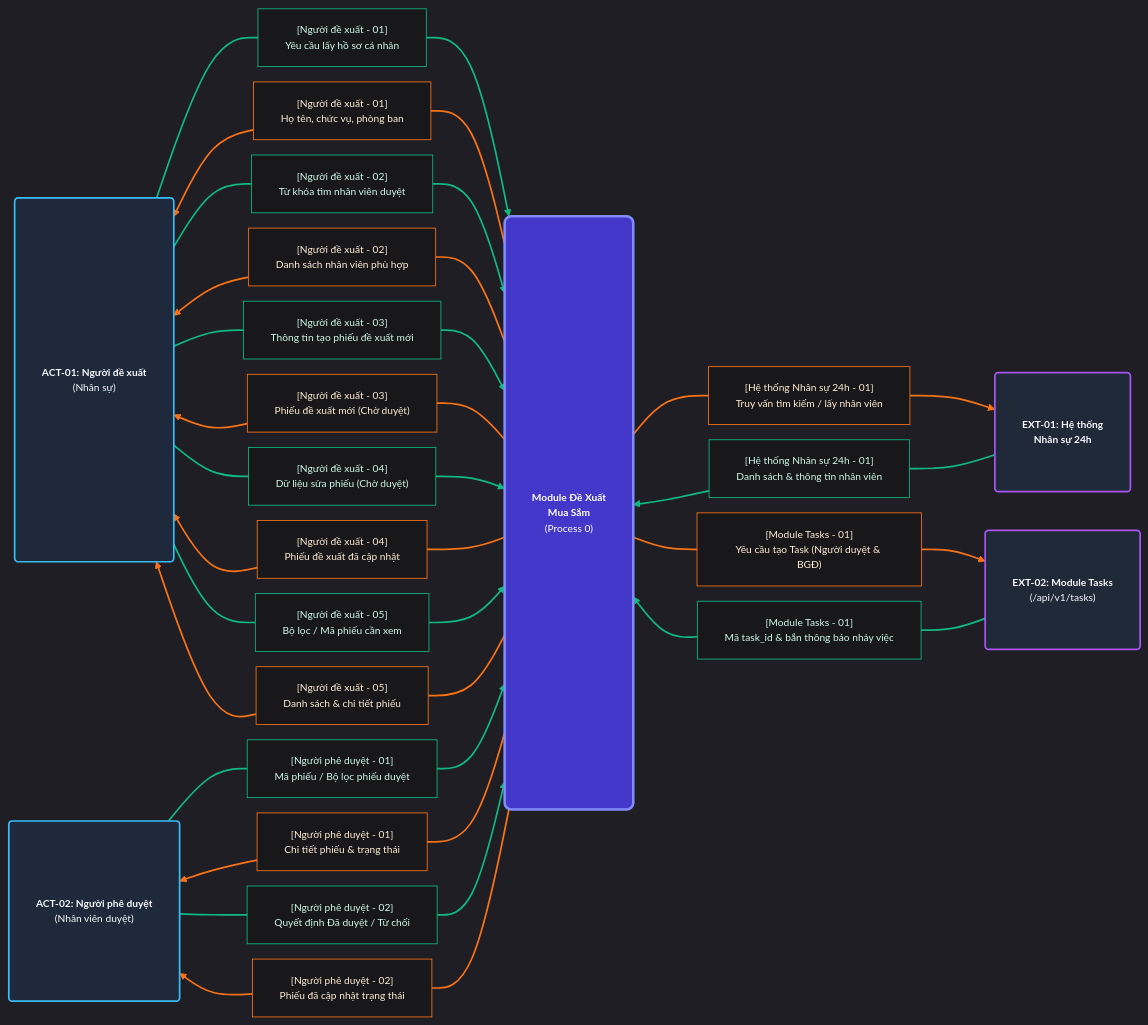
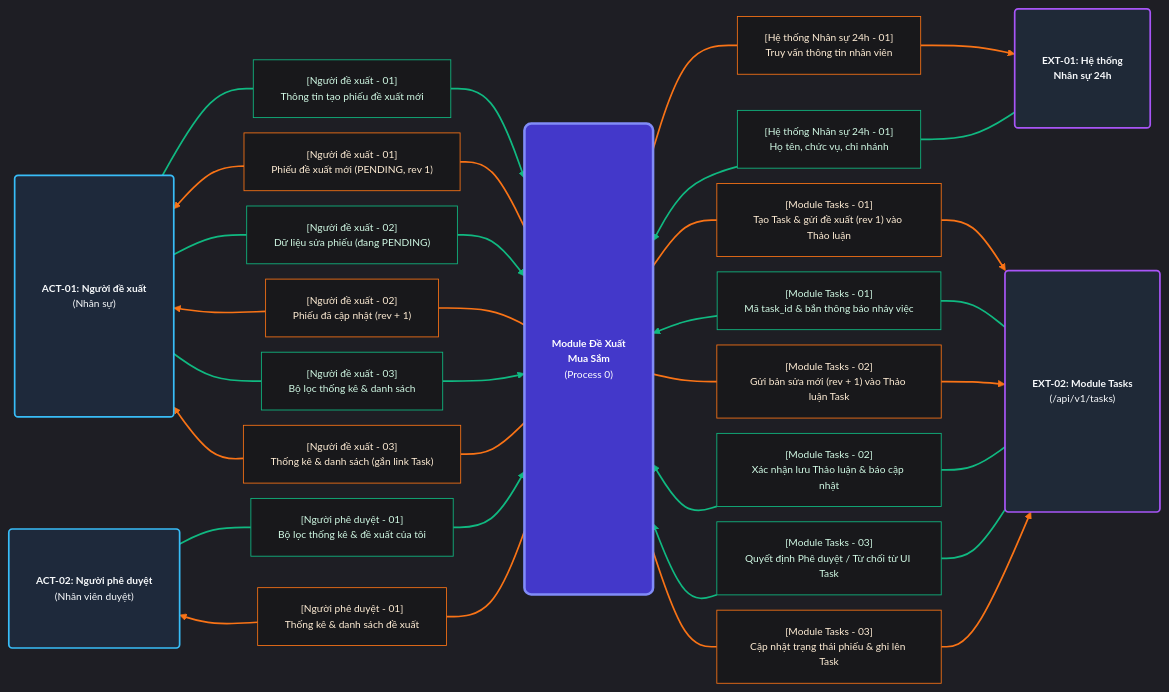
Before and after one commit to hungnm3112/project-purchase-requisition: the diagram in md/analysis/3-dfd-context-diagram.md, drawn with Mermaid. The commit also changed other lines of this file and 5 other files, not shown here.

````diff
--- a/md/analysis/3-dfd-context-diagram.md
+++ b/md/analysis/3-dfd-context-diagram.md
@@ -38,48 +42,45 @@
   }
 }}%%
 flowchart LR
-    %% Cột Trái: Các Actor Con người (Tăng chiều cao theo số lượng mũi tên)
-    ACT01["&nbsp;<br/><br/><br/><br/><br/><br/><br/><br/><br/><br/><b>ACT-01: Người đề xuất</b><br/>(Nhân sự)<br/><br/><br/><br/><br/><br/><br/><br/><br/><br/>&nbsp;"]:::humanActor
-    ACT02["&nbsp;<br/><br/><br/><br/><b>ACT-02: Người phê duyệt</b><br/>(Nhân viên duyệt)<br/><br/><br/><br/>&nbsp;"]:::humanActor
+    %% Cột Trái: Các Actor Con người (Chiều cao tương ứng số lượng mũi tên)
+    ACT01["&nbsp;<br/><br/><br/><br/><br/><br/><b>ACT-01: Người đề xuất</b><br/>(Nhân sự)<br/><br/><br/><br/><br/><br/>&nbsp;"]:::humanActor
+    ACT02["&nbsp;<br/><br/><b>ACT-02: Người phê duyệt</b><br/>(Nhân viên duyệt)<br/><br/>&nbsp;"]:::humanActor
 
-    %% Các cặp nhãn bên trái (Xếp thẳng cột từng cặp Input trên - Output dưới)
-    A1_IN["[Người đề xuất - 01]<br/>Yêu cầu lấy hồ sơ cá nhân"]:::inLabel
-    A1_OUT["[Người đề xuất - 01]<br/>Họ tên, chức vụ, phòng ban"]:::outLabel
+    %% Các cặp nhãn bên trái (4 cặp: Input trên - Output dưới)
+    A1_IN["[Người đề xuất - 01]<br/>Thông tin tạo phiếu đề xuất mới"]:::inLabel
+    A1_OUT["[Người đề xuất - 01]<br/>Phiếu đề xuất mới (PENDING, rev 1)"]:::outLabel
 
-    A2_IN["[Người đề xuất - 02]<br/>Từ khóa tìm nhân viên duyệt"]:::inLabel
-    A2_OUT["[Người đề xuất - 02]<br/>Danh sách nhân viên phù hợp"]:::outLabel
+    A2_IN["[Người đề xuất - 02]<br/>Dữ liệu sửa phiếu (đang PENDING)"]:::inLabel
+    A2_OUT["[Người đề xuất - 02]<br/>Phiếu đã cập nhật (rev + 1)"]:::outLabel
 
-    A3_IN["[Người đề xuất - 03]<br/>Thông tin tạo phiếu đề xuất mới"]:::inLabel
-    A3_OUT["[Người đề xuất - 03]<br/>Phiếu đề xuất mới (Chờ duyệt)"]:::outLabel
+    A3_IN["[Người đề xuất - 03]<br/>Bộ lọc thống kê & danh sách"]:::inLabel
+    A3_OUT["[Người đề xuất - 03]<br/>Thống kê & danh sách (gắn link Task)"]:::outLabel
 
-    A4_IN["[Người đề xuất - 04]<br/>Dữ liệu sửa phiếu (Chờ duyệt)"]:::inLabel
-    A4_OUT["[Người đề xuất - 04]<br/>Phiếu đề xuất đã cập nhật"]:::outLabel
+    B1_IN["[Người phê duyệt - 01]<br/>Bộ lọc thống kê & đề xuất của tôi"]:::inLabel
+    B1_OUT["[Người phê duyệt - 01]<br/>Thống kê & danh sách đề xuất"]:::outLabel
 
-    A5_IN["[Người đề xuất - 05]<br/>Bộ lọc / Mã phiếu cần xem"]:::inLabel
-    A5_OUT["[Người đề xuất - 05]<br/>Danh sách & chi tiết phiếu"]:::outLabel
+    %% Cột Giữa: Khối Hộp đen trung tâm (Hình chữ nhật đứng cân đối 4 cặp trái - 4 cặp phải)
+    SYS["&nbsp;<br/><br/><br/><br/><br/><br/><br/><br/><br/><br/><br/><br/><br/><b>Module Đề Xuất<br/>Mua Sắm</b><br/>(Process 0)<br/><br/><br/><br/><br/><br/><br/><br/><br/><br/><br/><br/><br/>&nbsp;"]:::processNode
 
-    B1_IN["[Người phê duyệt - 01]<br/>Mã phiếu / Bộ lọc phiếu duyệt"]:::inLabel
-    B1_OUT["[Người phê duyệt - 01]<br/>Chi tiết phiếu & trạng thái"]:::outLabel
+    %% Các cặp nhãn bên phải (4 cặp: 1 cặp EXT-01 + 3 cặp EXT-02)
+    E1_REQ["[Hệ thống Nhân sự 24h - 01]<br/>Truy vấn thông tin nhân viên"]:::outLabel
+    E1_RES["[Hệ thống Nhân sự 24h - 01]<br/>Họ tên, chức vụ, chi nhánh"]:::inLabel
 
-    B2_IN["[Người phê duyệt - 02]<br/>Quyết định Đã duyệt / Từ chối"]:::inLabel
-    B2_OUT["[Người phê duyệt - 02]<br/>Phiếu đã cập nhật trạng thái"]:::outLabel
+    T1_REQ["[Module Tasks - 01]<br/>Tạo Task & gửi đề xuất (rev 1) vào Thảo luận"]:::outLabel
+    T1_RES["[Module Tasks - 01]<br/>Mã task_id & bắn thông báo nhảy việc"]:::inLabel
 
-    %% Cột Giữa: Khối Hộp đen trung tâm đổi thành Hình chữ nhật đứng cao
-    SYS["&nbsp;<br/><br/><br/><br/><br/><br/><br/><br/><br/><br/><br/><br/><br/><br/><br/><br/><br/><b>Module Đề Xuất<br/>Mua Sắm</b><br/>(Process 0)<br/><br/><br/><br/><br/><br/><br/><br/><br/><br/><br/><br/><br/><br/><br/><br/><br/>&nbsp;"]:::processNode
+    T2_REQ["[Module Tasks - 02]<br/>Gửi bản sửa mới (rev + 1) vào Thảo luận Task"]:::outLabel
+    T2_RES["[Module Tasks - 02]<br/>Xác nhận lưu Thảo luận & báo cập nhật"]:::inLabel
 
-    %% Các cặp nhãn bên phải (Xếp thẳng cột từng cặp giống EXT-02)
-    E1_REQ["[Hệ thống Nhân sự 24h - 01]<br/>Truy vấn tìm kiếm / lấy nhân viên"]:::outLabel
-    E1_RES["[Hệ thống Nhân sự 24h - 01]<br/>Danh sách & thông tin nhân viên"]:::inLabel
+    T3_IN["[Module Tasks - 03]<br/>Quyết định Phê duyệt / Từ chối từ UI Task"]:::inLabel
+    T3_OUT["[Module Tasks - 03]<br/>Cập nhật trạng thái phiếu & ghi lên Task"]:::outLabel
 
-    E3_REQ["[Module Tasks - 01]<br/>Yêu cầu tạo Task (Người duyệt & BGĐ)"]:::outLabel
-    E3_RES["[Module Tasks - 01]<br/>Mã task_id & bắn thông báo nhảy việc"]:::inLabel
-
-    %% Cột Phải: Các Actor Hệ thống ngoài (Tăng chiều cao theo số lượng mũi tên)
+    %% Cột Phải: Các Actor Hệ thống ngoài
     EXT01["&nbsp;<br/><br/><b>EXT-01: Hệ thống<br/>Nhân sự 24h</b><br/><br/>&nbsp;"]:::extActor
-    EXT02["&nbsp;<br/><br/><b>EXT-02: Module Tasks</b><br/>(/api/v1/tasks)<br/><br/>&nbsp;"]:::extActor
+    EXT02["&nbsp;<br/><br/><br/><br/><br/><br/><b>EXT-02: Module Tasks</b><br/>(/api/v1/tasks)<br/><br/><br/><br/><br/><br/>&nbsp;"]:::extActor
 
     %% =====================================================
-    %% 1. ACT-01 (5 CẶP: INPUT TRÊN - OUTPUT DƯỚI)
+    %% 1. ACT-01 (3 CẶP: edges 0..14)
     %% =====================================================
     ACT01 --- A1_IN
     A1_IN --> SYS
@@ -99,20 +100,8 @@
     A3_OUT --> ACT01
     A3_OUT --- SYS
 
-    ACT01 --- A4_IN
-    A4_IN --> SYS
-    ACT01 ~~~ A4_OUT
-    A4_OUT --> ACT01
-    A4_OUT --- SYS
-
-    ACT01 --- A5_IN
-    A5_IN --> SYS
-    ACT01 ~~~ A5_OUT
-    A5_OUT --> ACT01
-    A5_OUT --- SYS
-
     %% =====================================================
-    %% 2. ACT-02 (2 CẶP: INPUT TRÊN - OUTPUT DƯỚI)
+    %% 2. ACT-02 (1 CẶP: edges 15..19)
     %% =====================================================
     ACT02 --- B1_IN
     B1_IN --> SYS
@@ -120,14 +109,8 @@
     B1_OUT --> ACT02
     B1_OUT --- SYS
 
-    ACT02 --- B2_IN
-    B2_IN --> SYS
-    ACT02 ~~~ B2_OUT
-    B2_OUT --> ACT02
-    B2_OUT --- SYS
-
     %% =====================================================
-    %% 3. EXT-01 (1 CẶP) & EXT-02 (1 CẶP)
+    %% 3. EXT-01 (1 CẶP: edges 20..24)
     %% =====================================================
     SYS --- E1_REQ
     E1_REQ --> EXT01
@@ -135,11 +118,26 @@
     E1_RES --> SYS
     E1_RES --- EXT01
 
-    SYS --- E3_REQ
-    E3_REQ --> EXT02
-    SYS ~~~ E3_RES
-    E3_RES --> SYS
-    E3_RES --- EXT02
+    %% =====================================================
+    %% 4. EXT-02 (3 CẶP: edges 25..39)
+    %% =====================================================
+    SYS --- T1_REQ
+    T1_REQ --> EXT02
+    SYS ~~~ T1_RES
+    T1_RES --> SYS
+    T1_RES --- EXT02
+
+    SYS --- T2_REQ
+    T2_REQ --> EXT02
+    SYS ~~~ T2_RES
+    T2_RES --> SYS
+    T2_RES --- EXT02
+
+    SYS ~~~ T3_IN
+    T3_IN --> SYS
+    T3_IN --- EXT02
+    SYS --- T3_OUT
+    T3_OUT --> EXT02
 
     %% Định dạng màu sắc các khối
     classDef processNode fill:#4338ca,stroke:#818cf8,stroke-width:3px,color:#ffffff,rx:8px,ry:8px;
@@ -149,6 +147,6 @@
     classDef outLabel fill:#18181b,stroke:#f97316,stroke-width:1px,color:#ffedd5;
 
     %% Màu đường nối: Xanh lá (#10b981) = Đi vào SYS | Cam (#f97316) = Đi ra khỏi SYS
-    linkStyle 0,1,5,6,10,11,15,16,20,21,25,26,30,31,38,39,43,44 stroke:#10b981,stroke-width:2px;
-    linkStyle 3,4,8,9,13,14,18,19,23,24,28,29,33,34,35,36,40,41 stroke:#f97316,stroke-width:2px;
+    linkStyle 0,1,5,6,10,11,15,16,23,24,28,29,33,34,36,37 stroke:#10b981,stroke-width:2px;
+    linkStyle 3,4,8,9,13,14,18,19,20,21,25,26,30,31,38,39 stroke:#f97316,stroke-width:2px;
 ```
````
